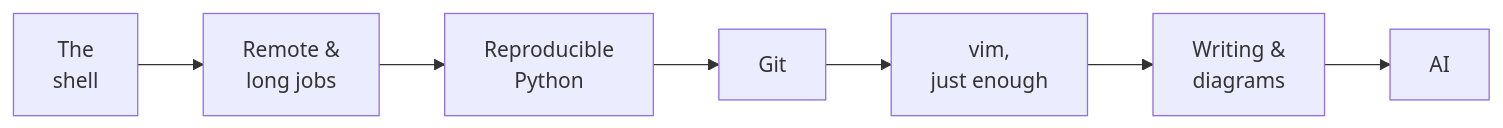
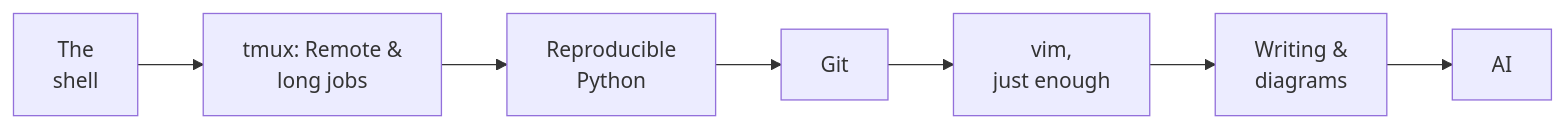
Before and after one commit to rcap107/tooling-talk: the first of 2 diagrams in index.qmd, drawn with Mermaid. The commit also changed other lines of this file and 17 other files, not shown here.

````diff
--- a/index.qmd
+++ b/index.qmd
@@ -67,10 +76,10 @@
 ```{mermaid}
 %%| fig-height: 3
 flowchart LR
-    A[The<br>shell] --> B[Remote &<br>long jobs]
+    A[The<br>shell] --> B[tmux: Remote &<br>long jobs]
     B --> C[Reproducible<br>Python]
     C --> D[Git]
     D --> G[vim,<br>just enough]
     G --> E[Writing &<br>diagrams]
     E --> F[AI]
 ```
````
